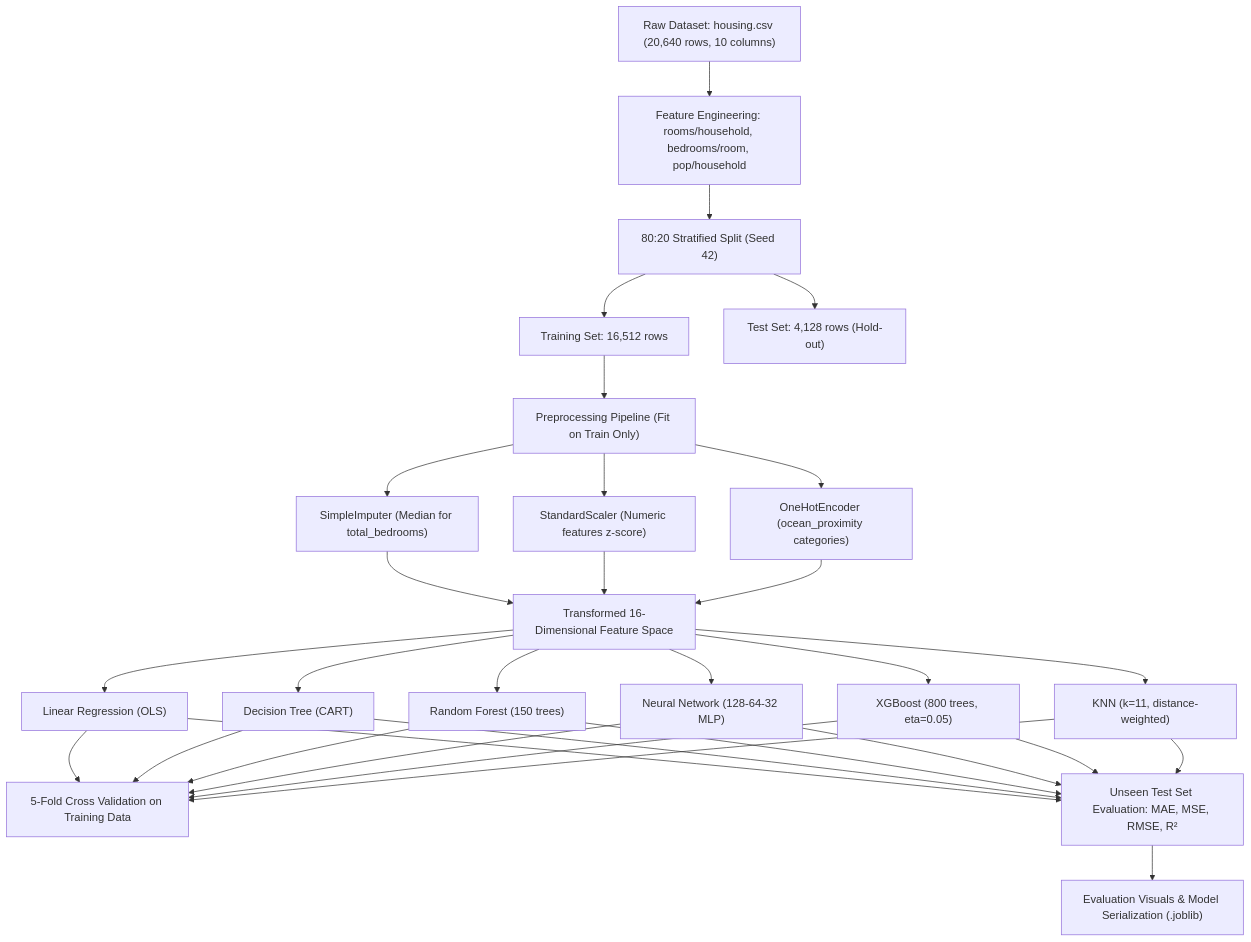
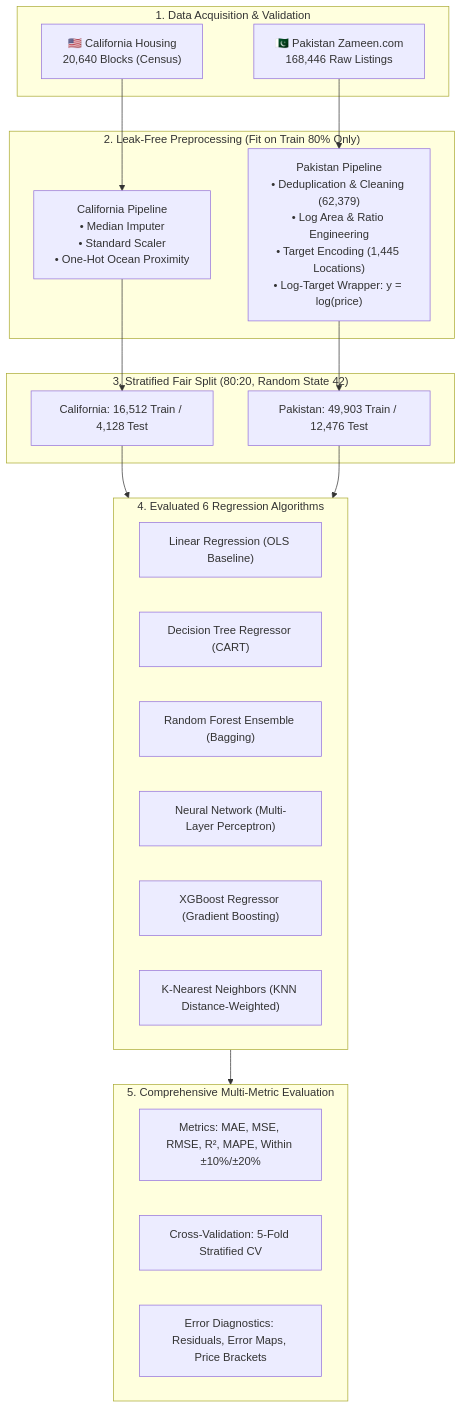
Before and after one commit to asad-mashood/computer_vi: the diagram in 6_algorithm_comparison/README.md, drawn with Mermaid. The commit also changed other lines of this file and 120 other files, not shown here.

Commit message:
Expand ML regression benchmark to dual-market study: integrate Pakistan real estate (Zameen.com) alongside California housing

````diff
--- a/6_algorithm_comparison/README.md
+++ b/6_algorithm_comparison/README.md
@@ -77,21 +36,36 @@
 ```mermaid
 flowchart TD
-    A["Raw Dataset: housing.csv (20,640 rows, 10 columns)"] --> B["Feature Engineering: rooms/household, bedrooms/room, pop/household"]
-    B --> C["80:20 Stratified Split (Seed 42)"]
-    C --> D1["Training Set: 16,512 rows"]
-    C --> D2["Test Set: 4,128 rows (Hold-out)"]
-    D1 --> E["Preprocessing Pipeline (Fit on Train Only)"]
-    E --> F1["SimpleImputer (Median for total_bedrooms)"]
-    E --> F2["StandardScaler (Numeric features z-score)"]
-    E --> F3["OneHotEncoder (ocean_proximity categories)"]
-    F1 & F2 & F3 --> G["Transformed 16-Dimensional Feature Space"]
-    G --> H1["Linear Regression (OLS)"]
-    G --> H2["Decision Tree (CART)"]
-    G --> H3["Random Forest (150 trees)"]
-    G --> H4["Neural Network (128-64-32 MLP)"]
-    G --> H5["XGBoost (800 trees, eta=0.05)"]
-    G --> H6["KNN (k=11, distance-weighted)"]
-    H1 & H2 & H3 & H4 & H5 & H6 --> I["5-Fold Cross Validation on Training Data"]
-    H1 & H2 & H3 & H4 & H5 & H6 --> J["Unseen Test Set Evaluation: MAE, MSE, RMSE, R²"]
-    J --> K["Evaluation Visuals & Model Serialization (.joblib)"]
+    subgraph Data_Sources ["1. Data Acquisition & Validation"]
+        D1["🇺🇸 California Housing<br/>20,640 Blocks (Census)"]
+        D2["🇵🇰 Pakistan Zameen.com<br/>168,446 Raw Listings"]
+    end
+
+    subgraph Preprocessing ["2. Leak-Free Preprocessing (Fit on Train 80% Only)"]
+        P1["California Pipeline<br/>• Median Imputer<br/>• Standard Scaler<br/>• One-Hot Ocean Proximity"]
+        P2["Pakistan Pipeline<br/>• Deduplication & Cleaning (62,379)<br/>• Log Area & Ratio Engineering<br/>• Target Encoding (1,445 Locations)<br/>• Log-Target Wrapper: y = log(price)"]
+    end
+
+    subgraph Split ["3. Stratified Fair Split (80:20, Random State 42)"]
+        S1["California: 16,512 Train / 4,128 Test"]
+        S2["Pakistan: 49,903 Train / 12,476 Test"]
+    end
+
+    subgraph Model_Suite ["4. Evaluated 6 Regression Algorithms"]
+        M1["Linear Regression (OLS Baseline)"]
+        M2["Decision Tree Regressor (CART)"]
+        M3["Random Forest Ensemble (Bagging)"]
+        M4["Neural Network (Multi-Layer Perceptron)"]
+        M5["XGBoost Regressor (Gradient Boosting)"]
+        M6["K-Nearest Neighbors (KNN Distance-Weighted)"]
+    end
+
+    subgraph Evaluation ["5. Comprehensive Multi-Metric Evaluation"]
+        E1["Metrics: MAE, MSE, RMSE, R², MAPE, Within ±10%/±20%"]
+        E2["Cross-Validation: 5-Fold Stratified CV"]
+        E3["Error Diagnostics: Residuals, Error Maps, Price Brackets"]
+    end
+
+    D1 --> P1 --> S1 --> Model_Suite
+    D2 --> P2 --> S2 --> Model_Suite
+    Model_Suite --> Evaluation
 ```
````
